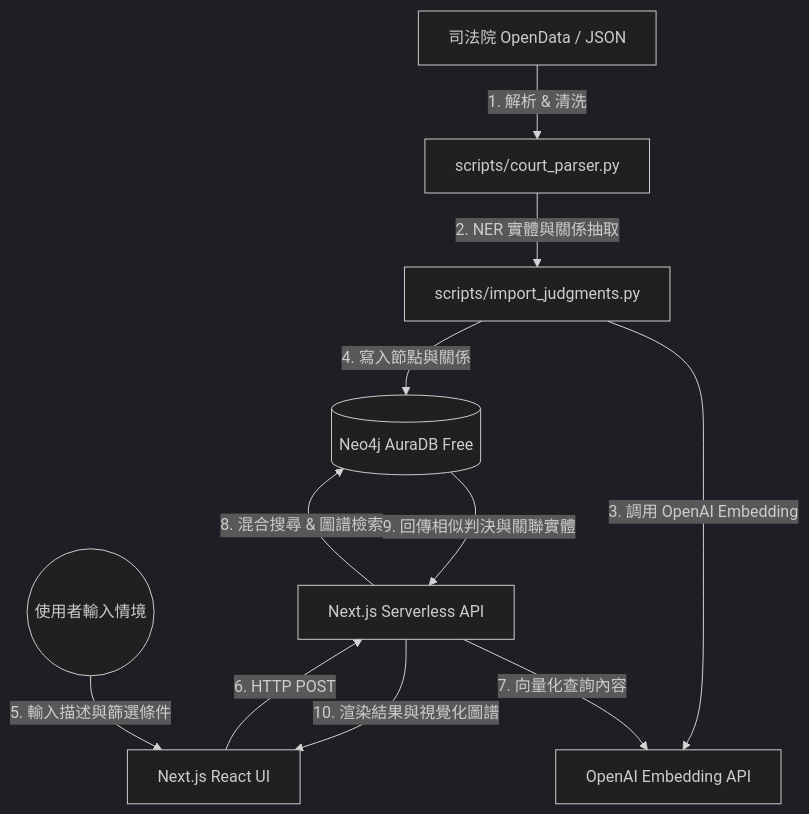
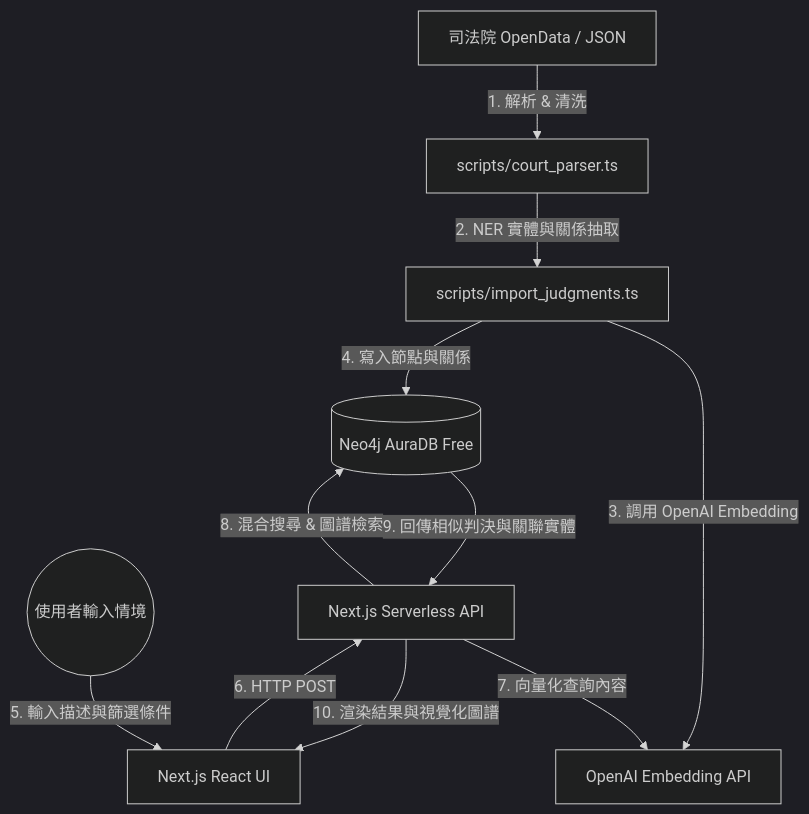
Before and after one commit to zrkluke/Graph-RAG: the diagram in README.md, drawn with Mermaid (dark theme). The commit also changed other lines of this file and 18 other files, not shown here.

Commit message:
feat: port data ingestion and database scripts to TypeScript

````diff
--- a/README.md
+++ b/README.md
@@ -20,16 +20,16 @@
 ```mermaid
 flowchart TD
     %% 資料匯入流程
-    Sub1[司法院 OpenData / JSON] -->|1. 解析 & 清洗| scripts/court_parser.py
-    scripts/court_parser.py -->|2. NER 實體與關係抽取| scripts/import_judgments.py
-    scripts/import_judgments.py -->|3. 調用 OpenAI Embedding| OpenAI_Embed[OpenAI Embedding API]
-    scripts/import_judgments.py -->|4. 寫入節點與關係| Neo4j[(Neo4j AuraDB Free)]
+    Sub1[司法院 OpenData / JSON] -->|1. 解析 & 清洗| scripts/court_parser.ts
+    scripts/court_parser.ts -->|2. NER 實體與關係抽取| scripts/import_judgments.ts
+    scripts/import_judgments.ts -->|3. 調用 OpenAI Embedding| OpenAI_Embed[OpenAI Embedding API]
+    scripts/import_judgments.ts -->|4. 寫入節點與關係| Neo4j[(Neo4j AuraDB Free)]
 
     %% 搜尋檢索流程
     User((使用者輸入情境)) -->|5. 輸入描述與篩選條件| Frontend[Next.js React UI]
     Frontend -->|6. HTTP POST| API[Next.js Serverless API]
     API -->|7. 向量化查詢內容| OpenAI_Embed
     API -->|8. 混合搜尋 & 圖譜檢索| Neo4j
     Neo4j -->|9. 回傳相似判決與關聯實體| API
     API -->|10. 渲染結果與視覺化圖譜| Frontend
 ```
````
